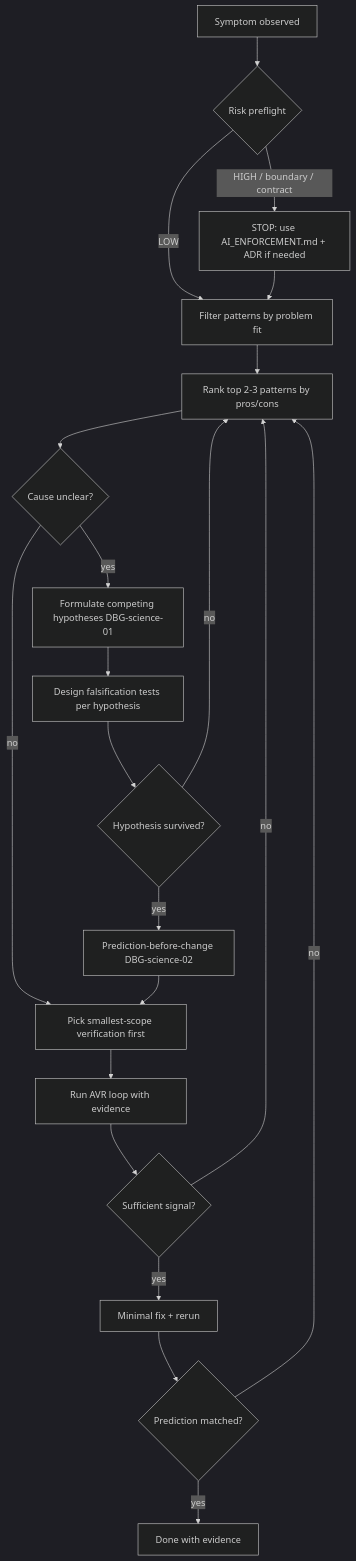
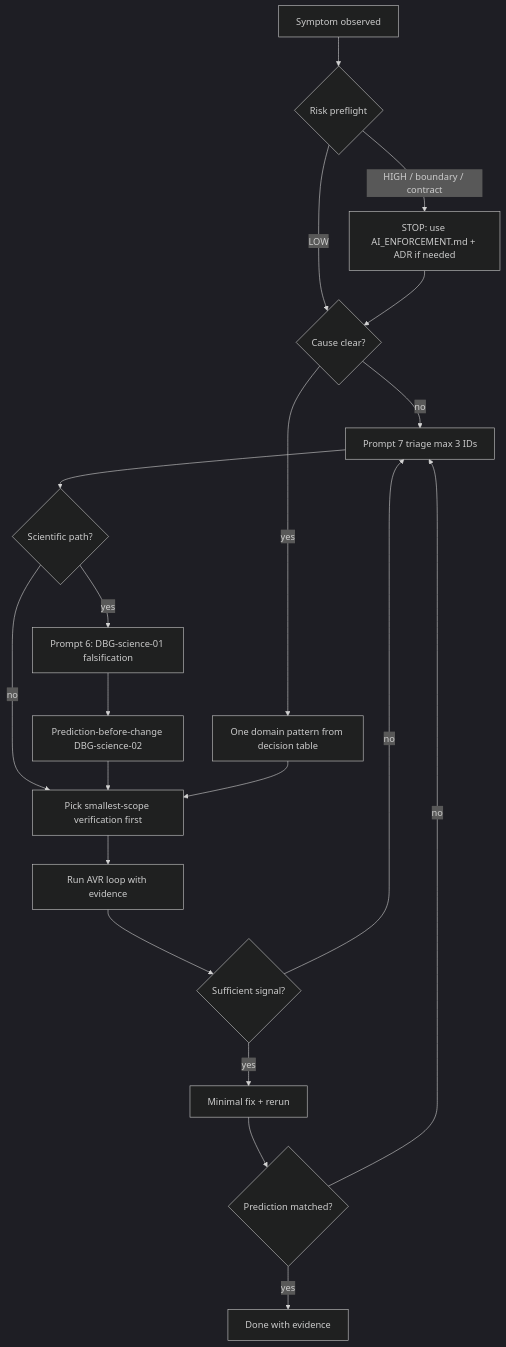
The diagram in usage/DEBUGGING_EFFECTIVENESS_CATALOG.md (rhemzal/AI_governance), drawn with Mermaid (dark theme) before and after one commit. The commit also changed other lines of this file and 6 other files, not shown here.

````diff
--- a/usage/DEBUGGING_EFFECTIVENESS_CATALOG.md
+++ b/usage/DEBUGGING_EFFECTIVENESS_CATALOG.md
@@ -21,23 +21,22 @@
 ```mermaid
 flowchart TD
   A[Symptom observed] --> B{Risk preflight}
-  B -->|LOW| C[Filter patterns by problem fit]
+  B -->|LOW| C{Cause clear?}
   B -->|HIGH / boundary / contract| D[STOP: use AI_ENFORCEMENT.md + ADR if needed]
   D --> C
-  C --> E[Rank top 2-3 patterns by pros/cons]
-  E --> E2{Cause unclear?}
-  E2 -->|yes| E3[Formulate competing hypotheses DBG-science-01]
+  C -->|no| T[Prompt 7 triage max 3 IDs]
+  C -->|yes| E[One domain pattern from decision table]
+  T --> E2{Scientific path?}
+  E2 -->|yes| E3[Prompt 6: DBG-science-01 falsification]
   E2 -->|no| F[Pick smallest-scope verification first]
-  E3 --> E4[Design falsification tests per hypothesis]
-  E4 --> E5{Hypothesis survived?}
-  E5 -->|no| E
-  E5 -->|yes| E6[Prediction-before-change DBG-science-02]
-  E6 --> F
+  E3 --> E4[Prediction-before-change DBG-science-02]
+  E4 --> F
+  E --> F
   F --> G[Run AVR loop with evidence]
   G --> H{Sufficient signal?}
   H -->|yes| I[Minimal fix + rerun]
-  H -->|no| E
+  H -->|no| T
   I --> I2{Prediction matched?}
-  I2 -->|no| E
+  I2 -->|no| T
   I2 -->|yes| Done[Done with evidence]
 ```
````
